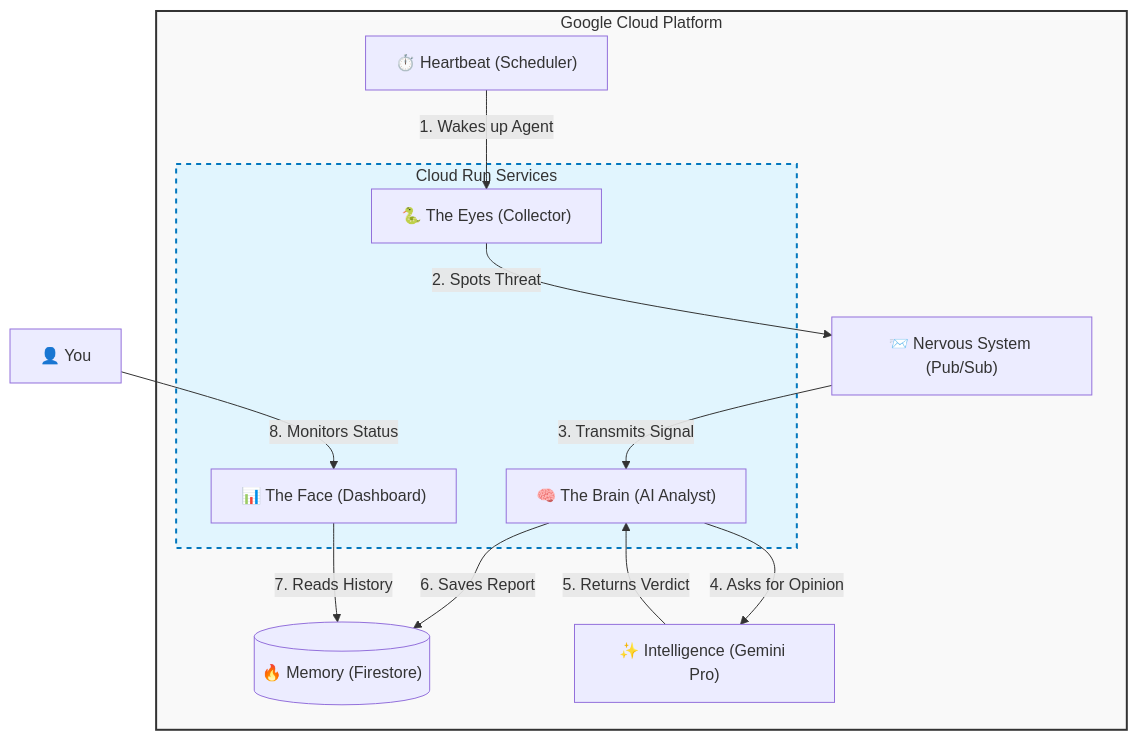
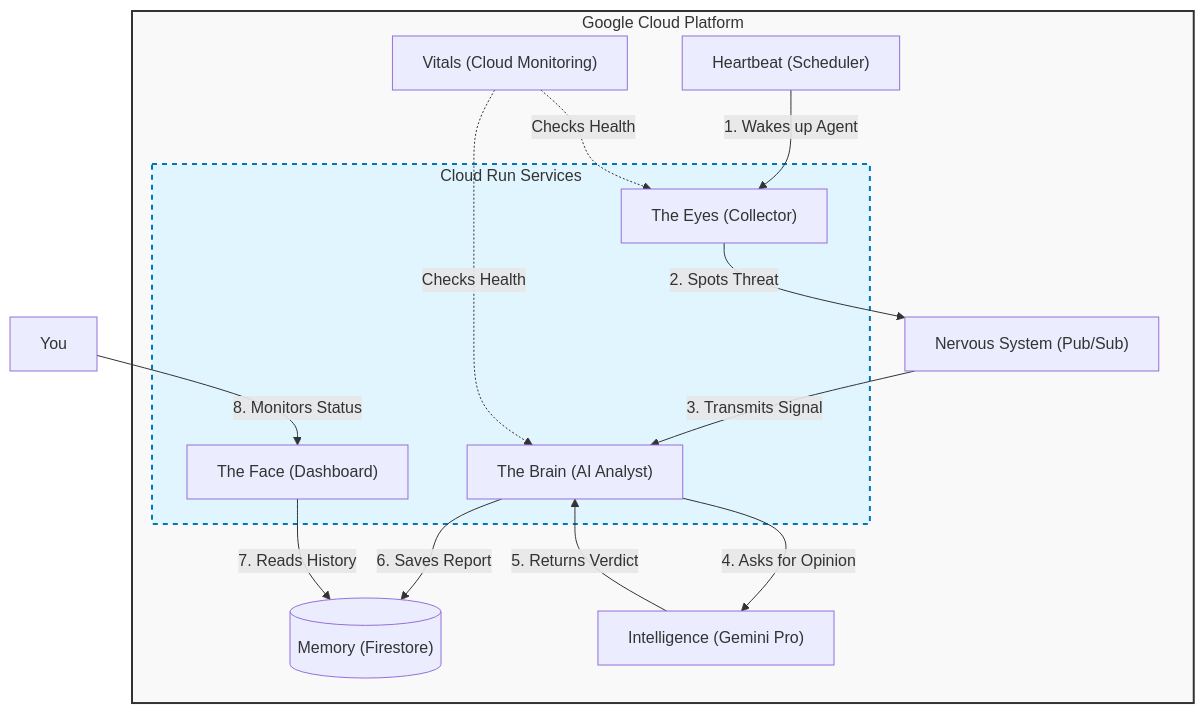
One commit to ddroege6/Adaptive-Threat-Shadow changed the diagram in README.md. Above: the diagram before and after it, drawn with Mermaid. The commit also changed other lines of this file and 5 other files, not shown here.

````diff
--- a/README.md
+++ b/README.md
@@ -35,33 +56,36 @@
 ```mermaid
 graph TD
     subgraph GCP [Google Cloud Platform]
         style GCP fill:#f9f9f9,stroke:#333,stroke-width:2px
         
-        Scheduler["⏱️ Heartbeat (Scheduler)"]
+        Scheduler["Heartbeat (Scheduler)"]
         
         subgraph Microservices [Cloud Run Services]
             style Microservices fill:#e1f5fe,stroke:#0277bd,stroke-width:2px,stroke-dasharray: 5 5
-            Collector["🐍 The Eyes (Collector)"]
-            Analyst["🧠 The Brain (AI Analyst)"]
-            Dashboard["📊 The Face (Dashboard)"]
+            Collector["The Eyes (Collector)"]
+            Analyst["The Brain (AI Analyst)"]
+            Dashboard["The Face (Dashboard)"]
         end
         
-        PubSub["📨 Nervous System (Pub/Sub)"]
-        Firestore[("🔥 Memory (Firestore)")]
-        Vertex["✨ Intelligence (Gemini Pro)"]
+        PubSub["Nervous System (Pub/Sub)"]
+        Firestore[("Memory (Firestore)")]
+        Vertex["Intelligence (Gemini Pro)"]
+        Monitoring["Vitals (Cloud Monitoring)"]
     end
 
-    User["👤 You"]
+    User[" You"]
 
     %% Data Flow
     Scheduler -->|1. Wakes up Agent| Collector
     Collector -->|2. Spots Threat| PubSub
     PubSub -->|3. Transmits Signal| Analyst
     Analyst -->|4. Asks for Opinion| Vertex
     Vertex -->|5. Returns Verdict| Analyst
     Analyst -->|6. Saves Report| Firestore
+    Monitoring -.->|Checks Health| Collector
+    Monitoring -.->|Checks Health| Analyst
     
     %% Dashboard Flow
     Dashboard -->|7. Reads History| Firestore
     User -->|8. Monitors Status| Dashboard
 ```
````
